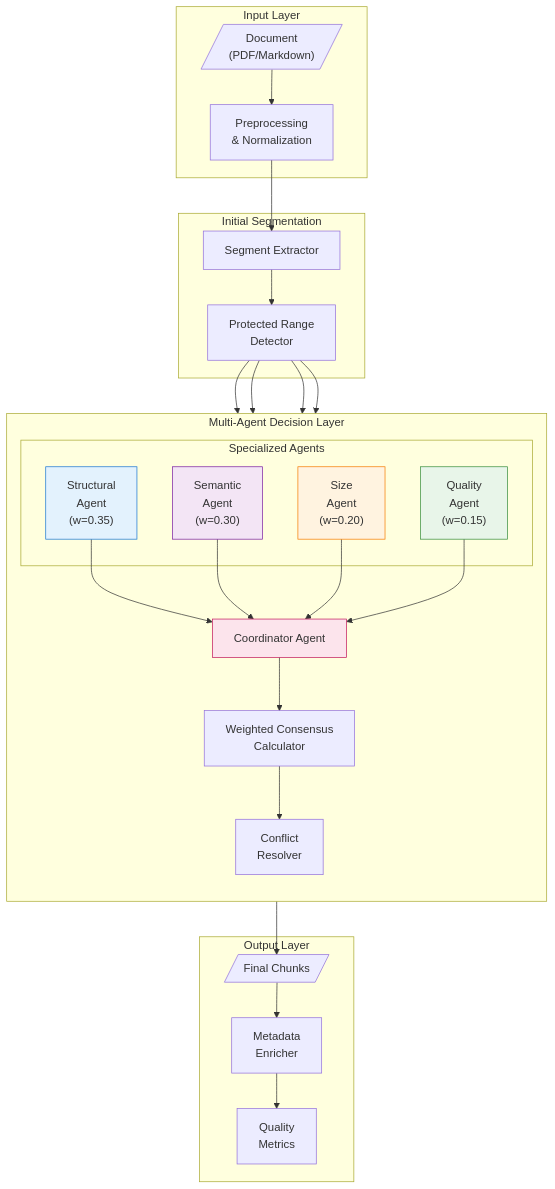
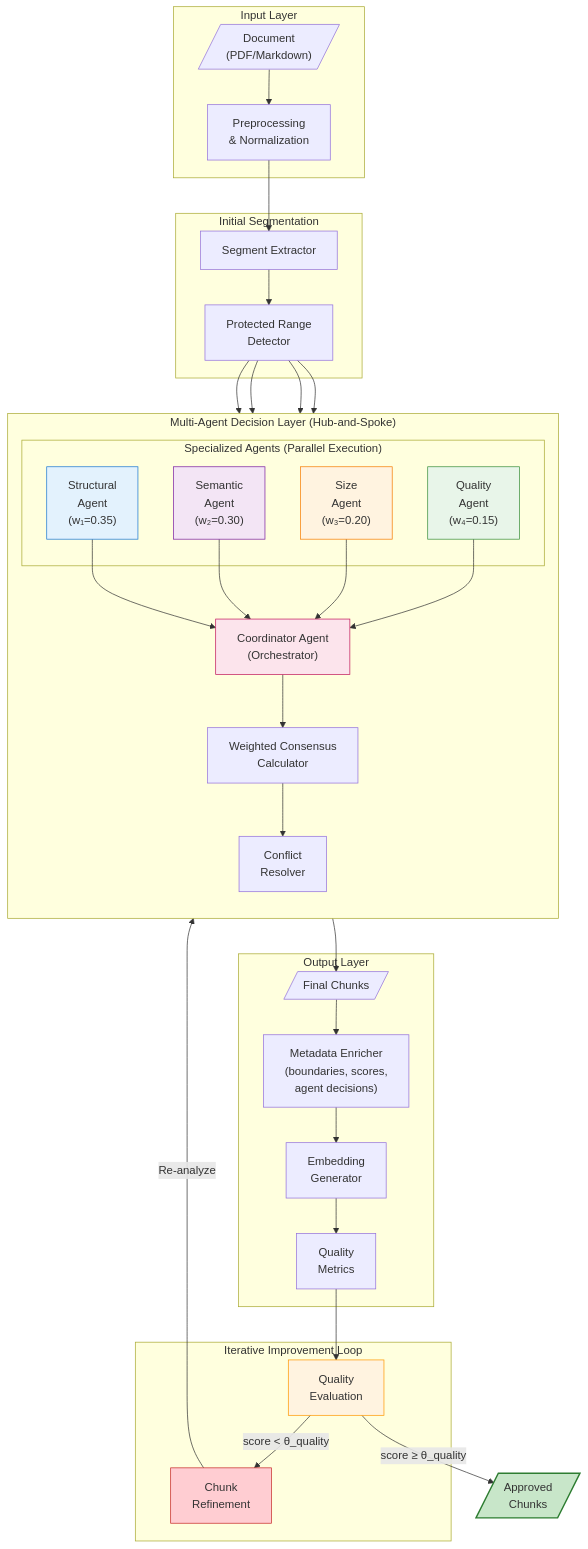
The diagram in diagrams/01_multi_agent_architecture.md (EngindalgaMaku/ebars), drawn with Mermaid before and after one commit. The commit also changed other lines of this file and 899 other files, not shown here.

````diff
--- a/diagrams/01_multi_agent_architecture.md
+++ b/diagrams/01_multi_agent_architecture.md
@@ -6,55 +6,71 @@
 ```mermaid
 flowchart TB
     subgraph Input["Input Layer"]
         DOC[/"Document\n(PDF/Markdown)"/]
         PREPROC["Preprocessing\n& Normalization"]
     end
     
     subgraph Segmentation["Initial Segmentation"]
         SEG["Segment Extractor"]
         PROTECT["Protected Range\nDetector"]
     end
     
-    subgraph AgentLayer["Multi-Agent Decision Layer"]
+    subgraph AgentLayer["Multi-Agent Decision Layer (Hub-and-Spoke)"]
         direction TB
         
-        subgraph Agents["Specialized Agents"]
-            SA["Structural\nAgent\n(w=0.35)"]
-            SEM["Semantic\nAgent\n(w=0.30)"]
-            SIZE["Size\nAgent\n(w=0.20)"]
-            QA["Quality\nAgent\n(w=0.15)"]
+        subgraph Agents["Specialized Agents (Parallel Execution)"]
+            SA["Structural\nAgent\n(w₁=0.35)"]
+            SEM["Semantic\nAgent\n(w₂=0.30)"]
+            SIZE["Size\nAgent\n(w₃=0.20)"]
+            QA["Quality\nAgent\n(w₄=0.15)"]
         end
         
-        COORD["Coordinator Agent"]
+        COORD["Coordinator Agent\n(Orchestrator)"]
         CONSENSUS["Weighted Consensus\nCalculator"]
         CONFLICT["Conflict\nResolver"]
     end
     
     subgraph Output["Output Layer"]
         CHUNKS[/"Final Chunks"/]
-        META["Metadata\nEnricher"]
+        META["Metadata Enricher\n(boundaries, scores,\nagent decisions)"]
+        EMB["Embedding\nGenerator"]
         QUALITY["Quality\nMetrics"]
+    end
+    
+    subgraph Feedback["Iterative Improvement Loop"]
+        EVAL["Quality\nEvaluation"]
+        REFINE["Chunk\nRefinement"]
     end
     
     DOC --> PREPROC
     PREPROC --> SEG
     SEG --> PROTECT
     PROTECT --> SA & SEM & SIZE & QA
     
     SA --> COORD
     SEM --> COORD
     SIZE --> COORD
     QA --> COORD
     
     COORD --> CONSENSUS
     CONSENSUS --> CONFLICT
     CONFLICT --> CHUNKS
     CHUNKS --> META
-    META --> QUALITY
+    META --> EMB
+    EMB --> QUALITY
+    
+    %% Feedback Loop (Iterative Improvement)
+    QUALITY --> EVAL
+    EVAL -->|"score < θ_quality"| REFINE
+    REFINE -->|"Re-analyze"| QA
+    EVAL -->|"score ≥ θ_quality"| FINAL[/"Approved\nChunks"/]
     
     style SA fill:#e3f2fd,stroke:#1976d2
     style SEM fill:#f3e5f5,stroke:#7b1fa2
     style SIZE fill:#fff3e0,stroke:#f57c00
     style QA fill:#e8f5e9,stroke:#388e3c
     style COORD fill:#fce4ec,stroke:#c2185b
+    style EVAL fill:#fff3e0,stroke:#ff9800
+    style REFINE fill:#ffcdd2,stroke:#c62828
+    style FINAL fill:#c8e6c9,stroke:#2e7d32,stroke-width:2px
 ```
````
